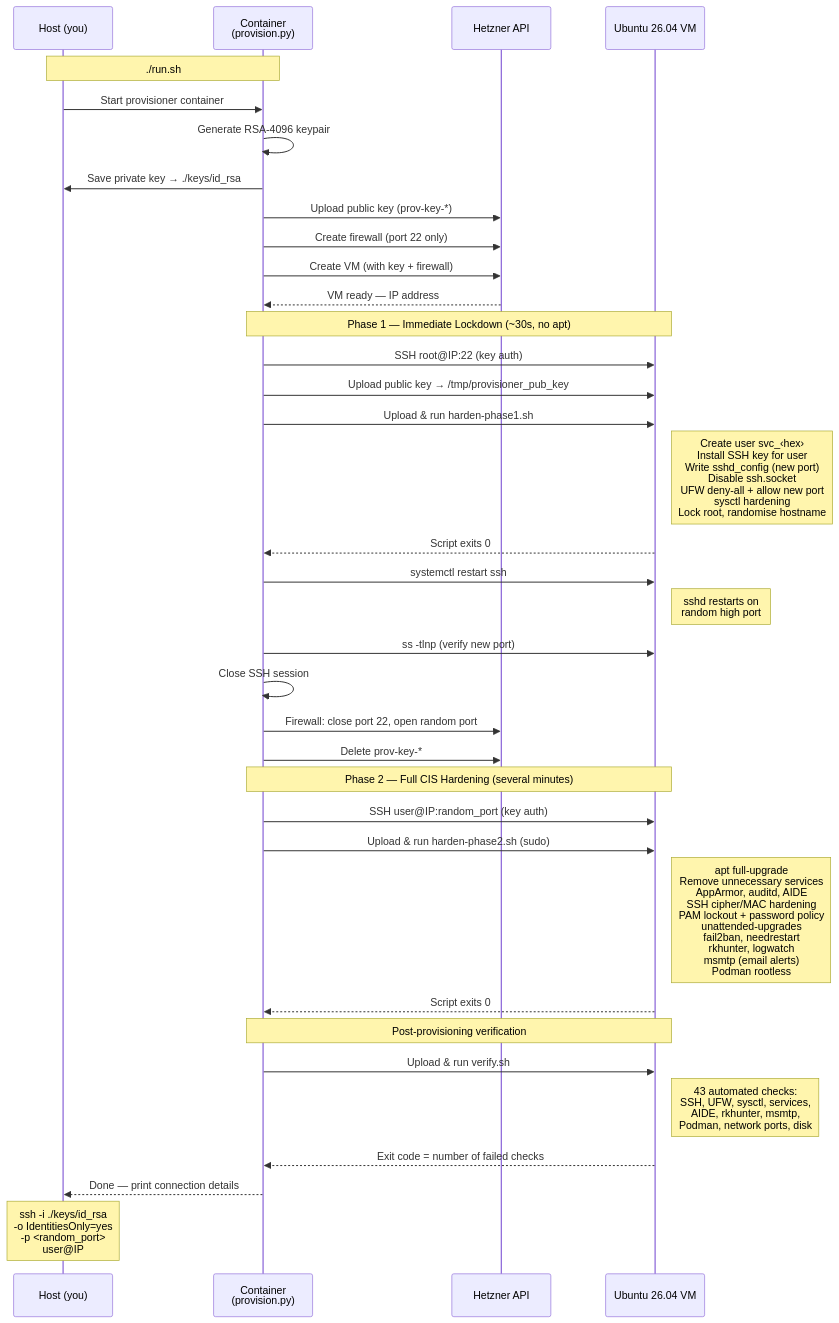
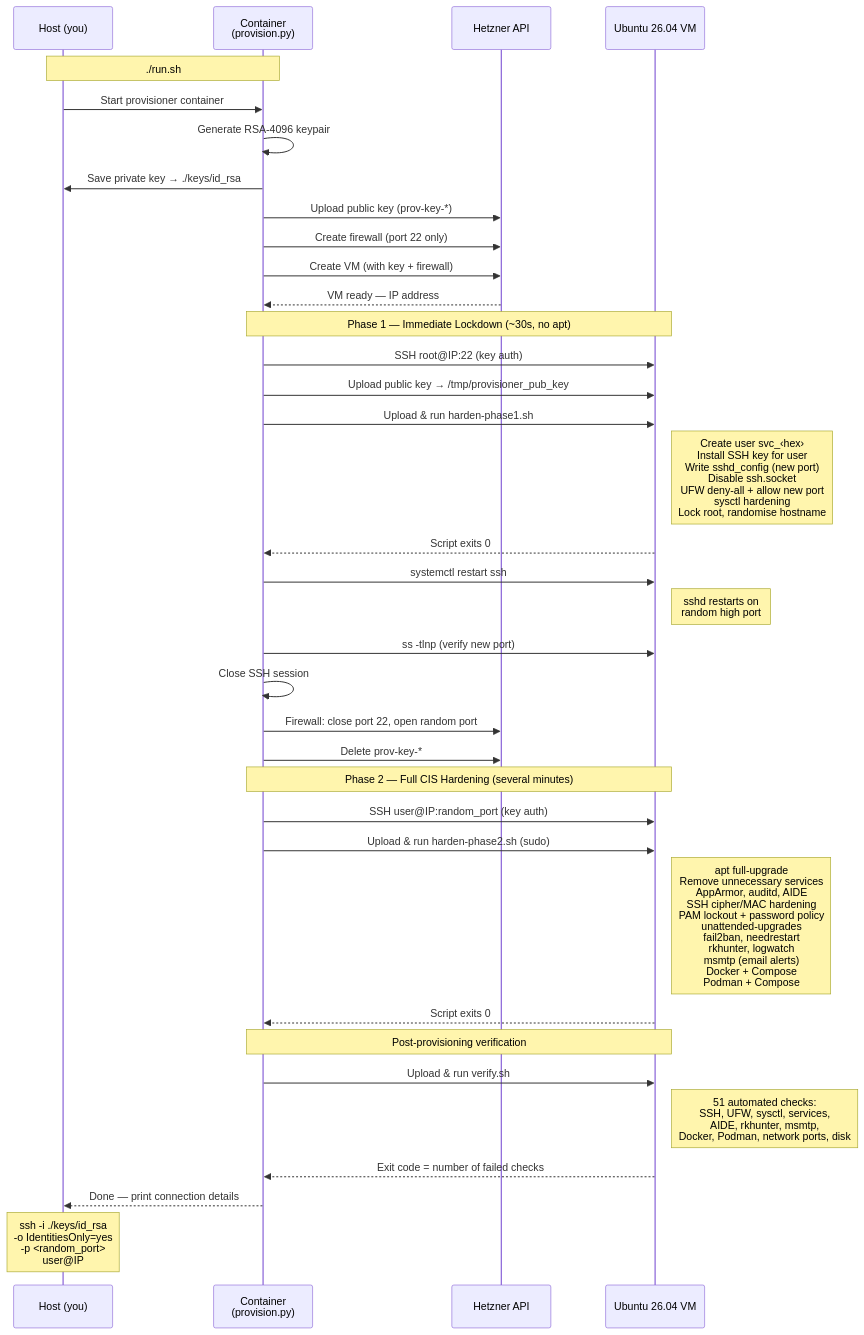
Before and after one commit to carlok/Ubuntu-Hardening: the first of 2 diagrams in README.md, drawn with Mermaid. The commit also changed other lines of this file and 2 other files, not shown here.

Commit message:
feat: provision docker and podman compose runtimes

````diff
--- a/README.md
+++ b/README.md
@@ -73,45 +73,45 @@
 ```mermaid
 sequenceDiagram
     participant H as Host (you)
     participant C as Container<br/>(provision.py)
     participant API as Hetzner API
     participant VM as Ubuntu 26.04 VM
 
     Note over H,C: ./run.sh
 
     H->>C: Start provisioner container
     C->>C: Generate RSA-4096 keypair
     C->>H: Save private key → ./keys/id_rsa
     C->>API: Upload public key (prov-key-*)
     C->>API: Create firewall (port 22 only)
     C->>API: Create VM (with key + firewall)
     API-->>C: VM ready — IP address
 
     Note over C,VM: Phase 1 — Immediate Lockdown (~30s, no apt)
     C->>VM: SSH root@IP:22 (key auth)
     C->>VM: Upload public key → /tmp/provisioner_pub_key
     C->>VM: Upload & run harden-phase1.sh
     Note right of VM: Create user svc_‹hex›<br/>Install SSH key for user<br/>Write sshd_config (new port)<br/>Disable ssh.socket<br/>UFW deny-all + allow new port<br/>sysctl hardening<br/>Lock root, randomise hostname
     VM-->>C: Script exits 0
     C->>VM: systemctl restart ssh
     Note right of VM: sshd restarts on<br/>random high port
     C->>VM: ss -tlnp (verify new port)
     C->>C: Close SSH session
 
     C->>API: Firewall: close port 22, open random port
     C->>API: Delete prov-key-*
 
     Note over C,VM: Phase 2 — Full CIS Hardening (several minutes)
     C->>VM: SSH user@IP:random_port (key auth)
     C->>VM: Upload & run harden-phase2.sh (sudo)
-    Note right of VM: apt full-upgrade<br/>Remove unnecessary services<br/>AppArmor, auditd, AIDE<br/>SSH cipher/MAC hardening<br/>PAM lockout + password policy<br/>unattended-upgrades<br/>fail2ban, needrestart<br/>rkhunter, logwatch<br/>msmtp (email alerts)<br/>Podman rootless
+    Note right of VM: apt full-upgrade<br/>Remove unnecessary services<br/>AppArmor, auditd, AIDE<br/>SSH cipher/MAC hardening<br/>PAM lockout + password policy<br/>unattended-upgrades<br/>fail2ban, needrestart<br/>rkhunter, logwatch<br/>msmtp (email alerts)<br/>Docker + Compose<br/>Podman + Compose
     VM-->>C: Script exits 0
 
     Note over C,VM: Post-provisioning verification
     C->>VM: Upload & run verify.sh
-    Note right of VM: 43 automated checks:<br/>SSH, UFW, sysctl, services,<br/>AIDE, rkhunter, msmtp,<br/>Podman, network ports, disk
+    Note right of VM: 51 automated checks:<br/>SSH, UFW, sysctl, services,<br/>AIDE, rkhunter, msmtp,<br/>Docker, Podman, network ports, disk
     VM-->>C: Exit code = number of failed checks
 
     C-->>H: Done — print connection details
     Note over H: ssh -i ./keys/id_rsa<br/>-o IdentitiesOnly=yes<br/>-p <random_port><br/>user@IP
 ```
````
